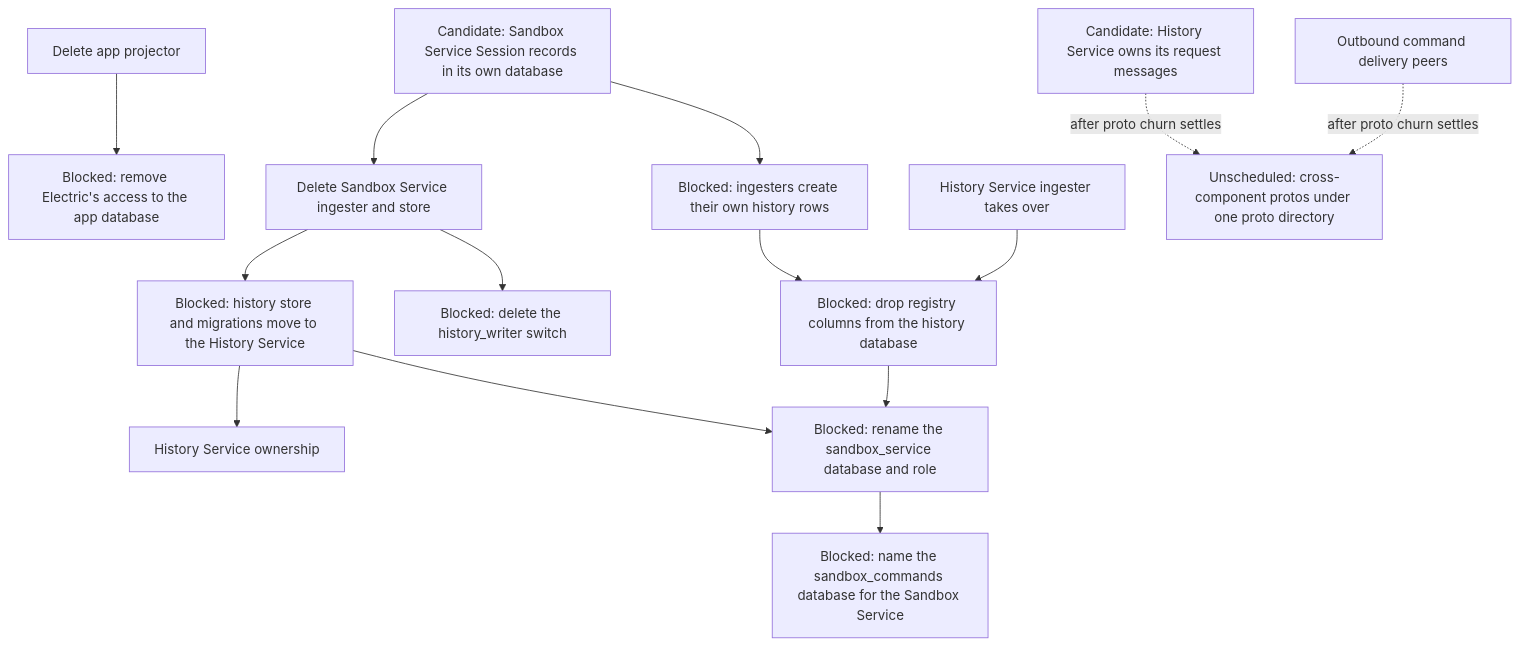
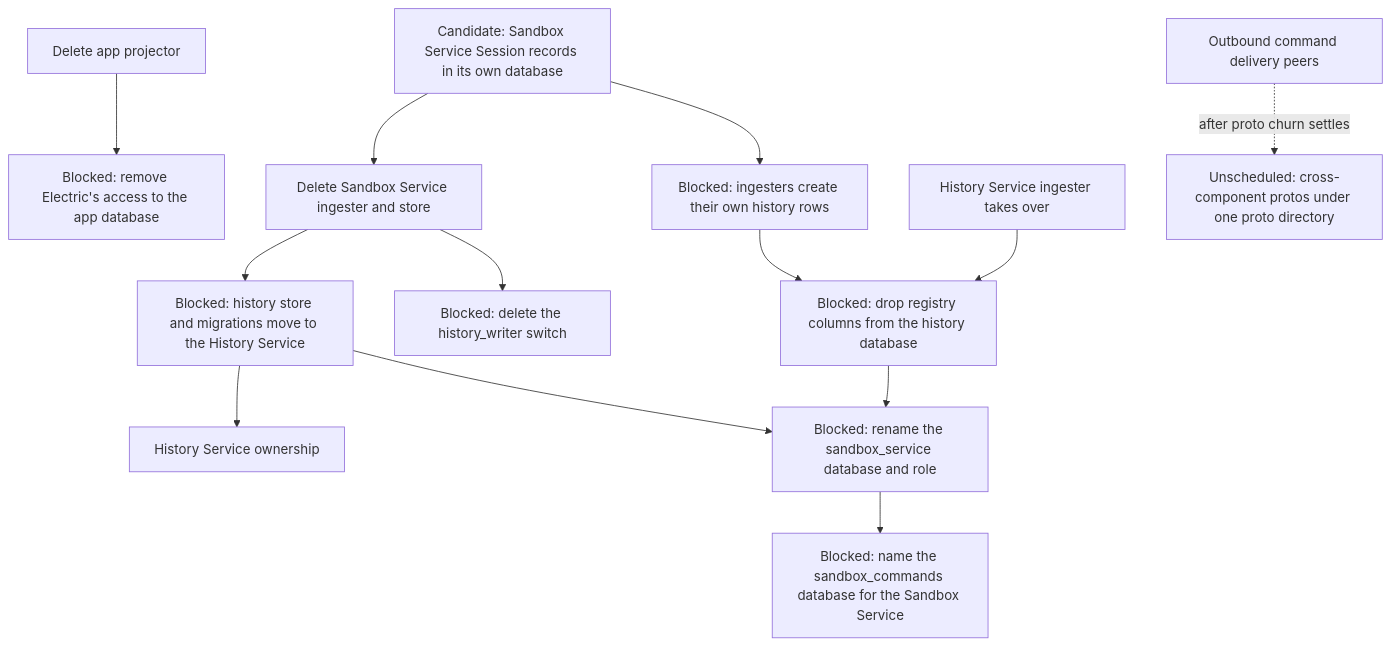
One commit to agentydragon-agent/ducktape changed the tenth of 11 diagrams in agentplane/plans/task_dag.md. Above: the diagram before and after it, drawn with Mermaid. The commit also changed other lines of this file and 31 other files, not shown here.

First line of the commit message:
agentplane/history_service: own the history read messages (#9796)

````diff
--- a/agentplane/plans/task_dag.md
+++ b/agentplane/plans/task_dag.md
@@ -893,31 +893,29 @@
 ```mermaid
 flowchart TD
     SESSION_REGISTRY_MOVE[Candidate: Sandbox Service Session records in its own database]
     SESSION_HISTORY_ROW_FROM_FEED[Blocked: ingesters create their own history rows]
     HISTORY_SESSION_COLUMNS_DROP[Blocked: drop registry columns from the history database]
     HISTORY_STORE_MOVE[Blocked: history store and migrations move to the History Service]
     HISTORY_WRITER_SWITCH_RETIRE[Blocked: delete the history_writer switch]
     HISTORY_DATABASE_RENAME[Blocked: rename the sandbox_service database and role]
     SANDBOX_DATABASE_RENAME[Blocked: name the sandbox_commands database for the Sandbox Service]
-    HISTORY_PROTO_OWNERSHIP[Candidate: History Service owns its request messages]
     APP_ELECTRIC_RETIRE[Blocked: remove Electric's access to the app database]
     PROTO_DIRECTORY[Unscheduled: cross-component protos under one proto directory]
     RUNNER_OUTBOUND_CHANNEL[Outbound command delivery peers]
     HISTORY_WRITE_HANDOFF[History Service ingester takes over]
     SANDBOX_LOCAL_HISTORY_RETIRE[Delete Sandbox Service ingester and store]
     APP_PROJECTOR_RETIRE[Delete app projector]
     HISTORY_SERVICE_OWNERSHIP[History Service ownership]
     SESSION_REGISTRY_MOVE --> SANDBOX_LOCAL_HISTORY_RETIRE
     SESSION_REGISTRY_MOVE --> SESSION_HISTORY_ROW_FROM_FEED
     SESSION_HISTORY_ROW_FROM_FEED --> HISTORY_SESSION_COLUMNS_DROP
     HISTORY_WRITE_HANDOFF --> HISTORY_SESSION_COLUMNS_DROP
     SANDBOX_LOCAL_HISTORY_RETIRE --> HISTORY_STORE_MOVE
     SANDBOX_LOCAL_HISTORY_RETIRE --> HISTORY_WRITER_SWITCH_RETIRE
     HISTORY_STORE_MOVE --> HISTORY_SERVICE_OWNERSHIP
     HISTORY_STORE_MOVE --> HISTORY_DATABASE_RENAME
     HISTORY_SESSION_COLUMNS_DROP --> HISTORY_DATABASE_RENAME
     HISTORY_DATABASE_RENAME --> SANDBOX_DATABASE_RENAME
     APP_PROJECTOR_RETIRE --> APP_ELECTRIC_RETIRE
-    HISTORY_PROTO_OWNERSHIP -. after proto churn settles .-> PROTO_DIRECTORY
     RUNNER_OUTBOUND_CHANNEL -. after proto churn settles .-> PROTO_DIRECTORY
 ```
````
